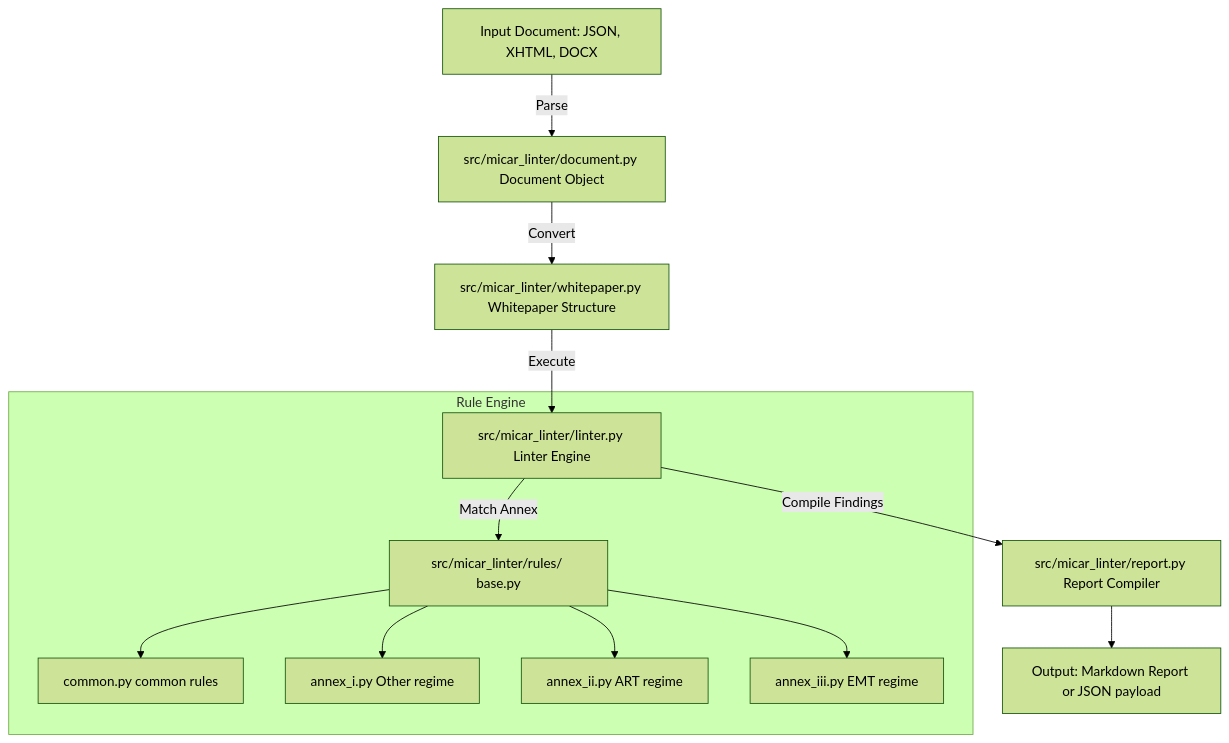
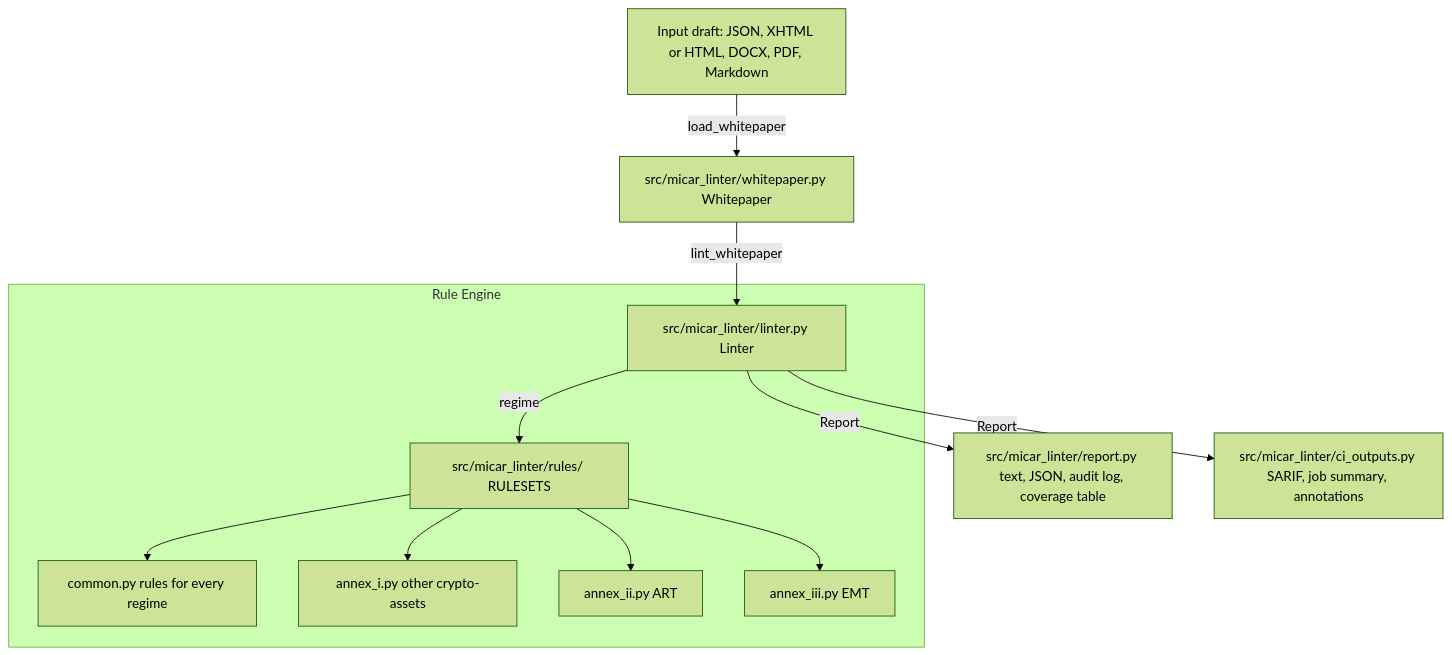
Before and after one commit to sebastianfoerste/micar-whitepaper-linter: the diagram in docs/ARCHITECTURE.md, drawn with Mermaid (forest theme). The commit also changed other lines of this file and 15 other files, not shown here.

````diff
--- a/docs/ARCHITECTURE.md
+++ b/docs/ARCHITECTURE.md
@@ -9,17 +9,16 @@
 ```mermaid
 graph TD
-    Input[Input Document: JSON, XHTML, DOCX] -->|Parse| DocObj[src/micar_linter/document.py Document Object]
-    DocObj -->|Convert| WP[src/micar_linter/whitepaper.py Whitepaper Structure]
-    WP -->|Execute| Linter[src/micar_linter/linter.py Linter Engine]
+    Input[Input draft: JSON, XHTML or HTML, DOCX, PDF, Markdown] -->|load_whitepaper| WP[src/micar_linter/whitepaper.py Whitepaper]
+    WP -->|lint_whitepaper| Linter[src/micar_linter/linter.py Linter]
 
     subgraph Rule Engine
-        Linter -->|Match Annex| Rules[src/micar_linter/rules/ base.py]
-        Rules --> Common[common.py common rules]
-        Rules --> Annex1[annex_i.py Other regime]
-        Rules --> Annex2[annex_ii.py ART regime]
-        Rules --> Annex3[annex_iii.py EMT regime]
+        Linter -->|regime| Rules[src/micar_linter/rules/ RULESETS]
+        Rules --> Common[common.py rules for every regime]
+        Rules --> Annex1[annex_i.py other crypto-assets]
+        Rules --> Annex2[annex_ii.py ART]
+        Rules --> Annex3[annex_iii.py EMT]
     end
 
-    Linter -->|Compile Findings| Report[src/micar_linter/report.py Report Compiler]
-    Report --> Output[Output: Markdown Report or JSON payload]
+    Linter -->|Report| Report[src/micar_linter/report.py text, JSON, audit log, coverage table]
+    Linter -->|Report| CI[src/micar_linter/ci_outputs.py SARIF, job summary, annotations]
 ```
````
